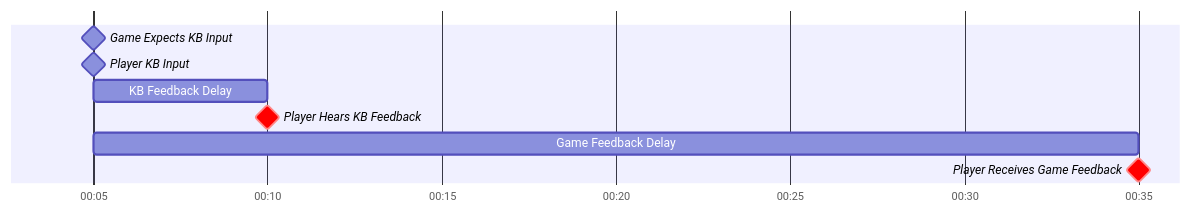
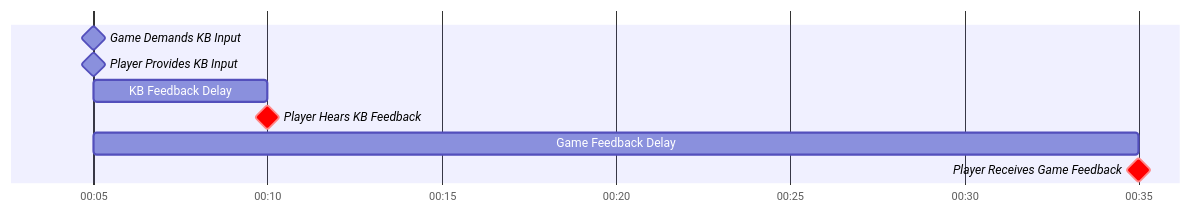
The first of 7 diagrams in _posts/2024-08-26-hitsounds.md (Eve-ning/Eve-ning.github.io), drawn with Mermaid before and after one commit. The commit also changed other lines of this file, not shown here.

````diff
--- a/_posts/2024-08-26-hitsounds.md
+++ b/_posts/2024-08-26-hitsounds.md
@@ -36,11 +36,11 @@
 ```mermaid
 gantt
   dateFormat mm:ss
   axisFormat %M:%S
-  Game Expects KB Input: milestone, 00:05,
-  Player KB Input: milestone, 00:05,
+  Game Demands KB Input: milestone, 00:05,
+  Player Provides KB Input: milestone, 00:05,
   KB Feedback Delay: 00:05, 00:10
   Player Hears KB Feedback: crit, milestone, 00:10,
   Game Feedback Delay: 00:05, 00:35
   Player Receives Game Feedback: crit, milestone, 00:35,
 ```
````
